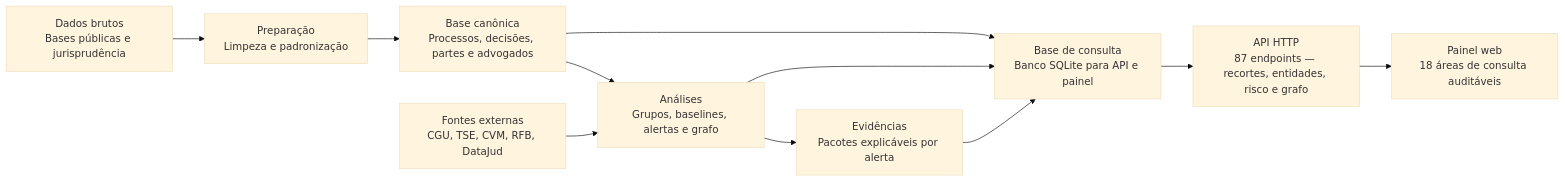
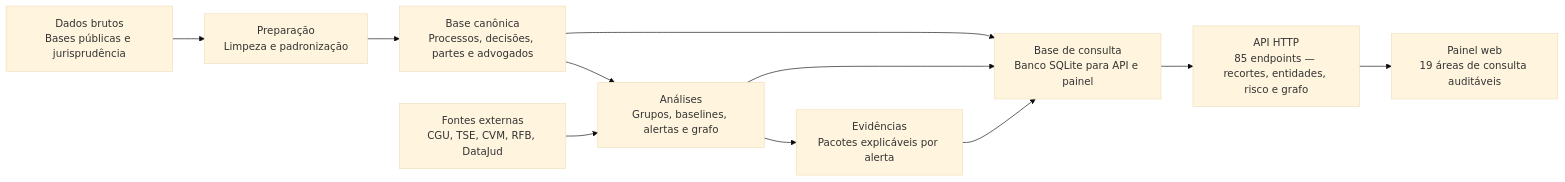
Before and after one commit to vittoroliveira-dev/atlas-stf: the diagram in README.md, drawn with Mermaid (base theme). The commit also changed other lines of this file and 47 other files, not shown here.

````diff
--- a/README.md
+++ b/README.md
@@ -129,13 +131,13 @@
 ```mermaid
 flowchart LR
     A[Dados brutos<br/>Bases públicas e jurisprudência] --> B[Preparação<br/>Limpeza e padronização]
     B --> C[Base canônica<br/>Processos, decisões, partes e advogados]
     X[Fontes externas<br/>CGU, TSE, CVM, RFB, DataJud] --> D
     C --> D[Análises<br/>Grupos, baselines, alertas e grafo]
     D --> E[Evidências<br/>Pacotes explicáveis por alerta]
     C --> F[Base de consulta<br/>Banco SQLite para API e painel]
     D --> F
     E --> F
-    F --> G[API HTTP<br/>87 endpoints — recortes, entidades, risco e grafo]
-    G --> H[Painel web<br/>18 áreas de consulta auditáveis]
+    F --> G[API HTTP<br/>85 endpoints — recortes, entidades, risco e grafo]
+    G --> H[Painel web<br/>19 áreas de consulta auditáveis]
 ```
````
